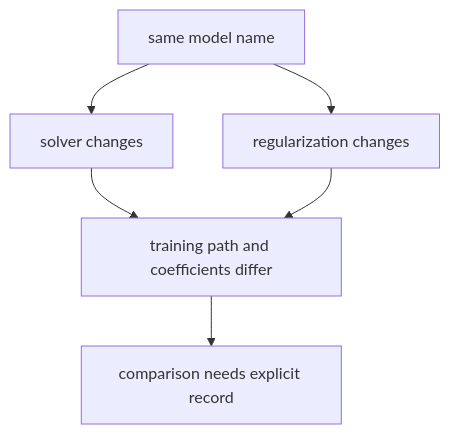
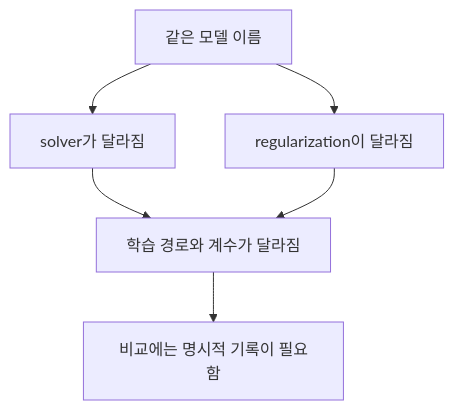
The diagram in docs/assets/part-04/chapter-11/p4-11-5-mermaid-01-ko.mmd (devchan64/AiBook), drawn with Mermaid before and after one commit. The commit also changed 279 other files, not shown here.

Commit message:
Localize Part 4 Korean and Chinese diagrams

```diff
--- a/docs/assets/part-04/chapter-11/p4-11-5-mermaid-01-ko.mmd
+++ b/docs/assets/part-04/chapter-11/p4-11-5-mermaid-01-ko.mmd
@@ -1,10 +1,10 @@
 flowchart TD
-  A["same model name"]
-  B["solver changes"]
-  C["regularization changes"]
-  D["training path and coefficients differ"]
-  E["comparison needs explicit record"]
+  A["같은 모델 이름"]
+  B["solver가 달라짐"]
+  C["regularization이 달라짐"]
+  D["학습 경로와 계수가 달라짐"]
+  E["비교에는 명시적 기록이 필요함"]
 
   A --> B --> D
   A --> C --> D
   D --> E
```
